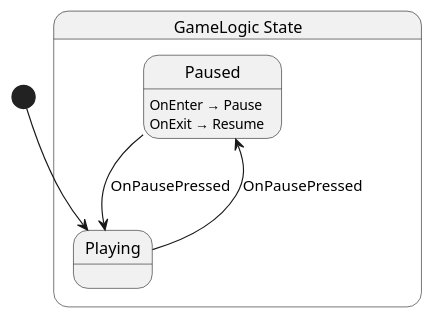
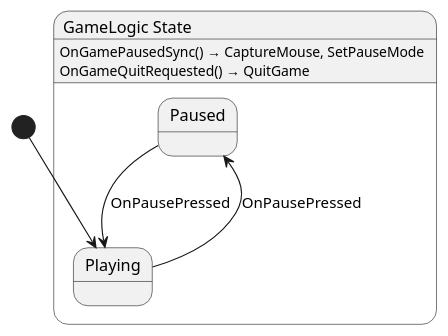
Before and after one commit to nilsiker/vardag-midnight-laundry: the diagram in src/game/state/GameLogic.g.puml, drawn with PlantUML. The commit also changed 12 other files, not shown here.

```diff
--- a/src/game/state/GameLogic.g.puml
+++ b/src/game/state/GameLogic.g.puml
@@ -1,14 +1,14 @@
 @startuml GameLogic
 state "GameLogic State" as Vardag_GameLogic_State {
   state "Paused" as Vardag_GameLogic_State_Paused
   state "Playing" as Vardag_GameLogic_State_Playing
 }
 
 Vardag_GameLogic_State_Paused --> Vardag_GameLogic_State_Playing : OnPausePressed
 Vardag_GameLogic_State_Playing --> Vardag_GameLogic_State_Paused : OnPausePressed
 
-Vardag_GameLogic_State_Paused : OnEnter → Pause
-Vardag_GameLogic_State_Paused : OnExit → Resume
+Vardag_GameLogic_State : OnGamePausedSync() → CaptureMouse, SetPauseMode
+Vardag_GameLogic_State : OnGameQuitRequested() → QuitGame
 
 [*] --> Vardag_GameLogic_State_Playing
 @enduml
```
